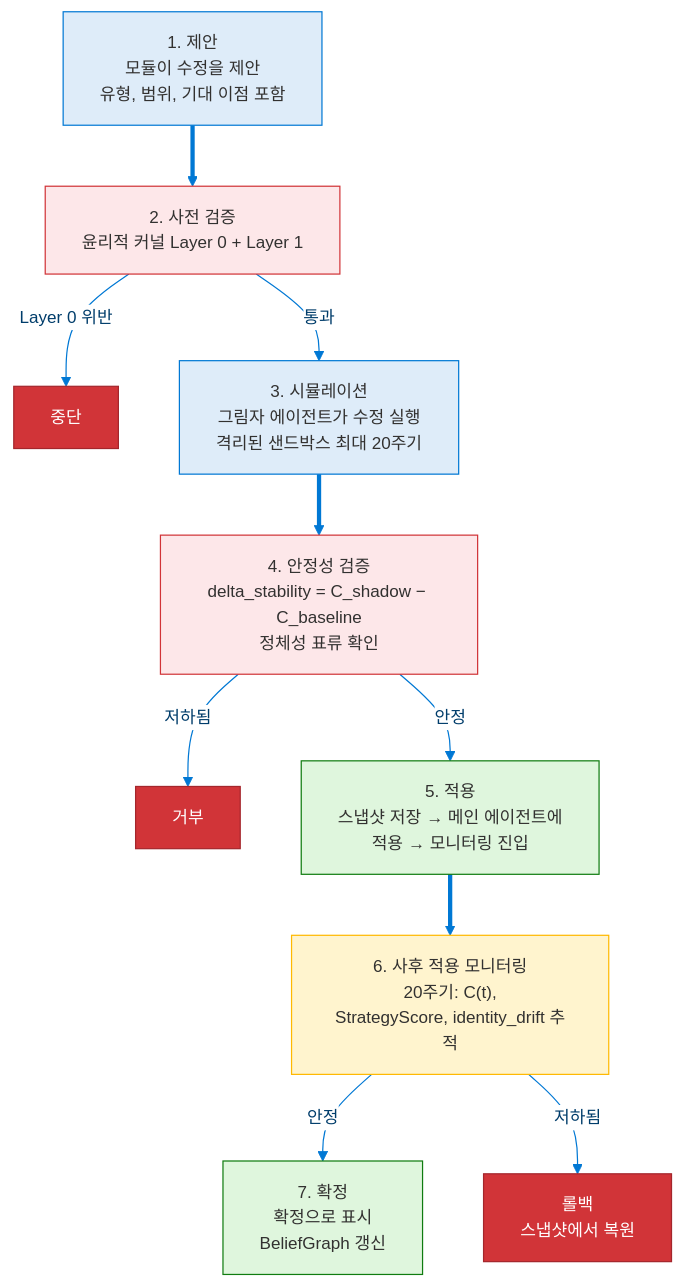
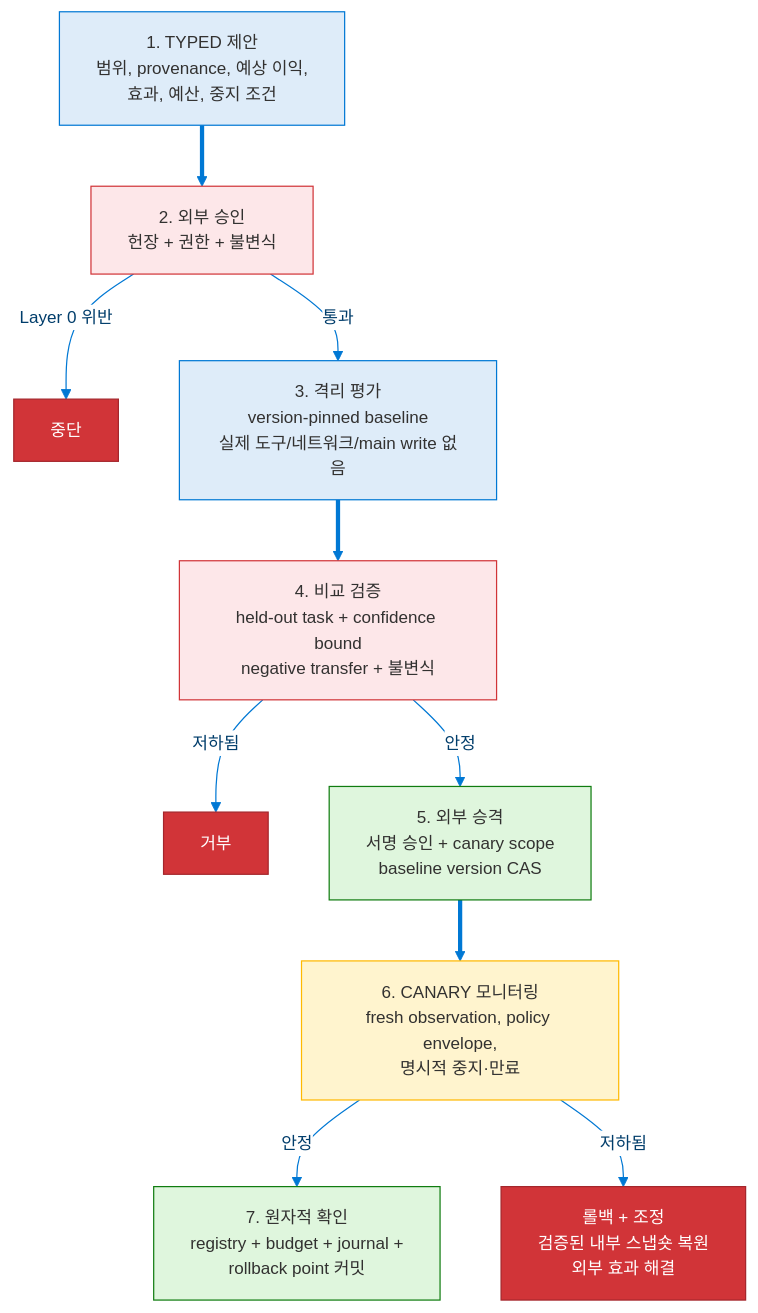
One commit to dotnetpower/mscp changed the tenth of 14 diagrams in docs/levels/Level_4_Adaptive_General_Agent.ko.md. Above: the diagram before and after it, drawn with Mermaid. The commit also changed other lines of this file and 21 other files, not shown here.

````diff
--- a/docs/levels/Level_4_Adaptive_General_Agent.ko.md
+++ b/docs/levels/Level_4_Adaptive_General_Agent.ko.md
@@ -591,30 +609,30 @@
 ```mermaid
 %%{init: {'theme': 'base', 'themeVariables': {'primaryColor': '#0078D4', 'primaryTextColor': '#003D6B', 'primaryBorderColor': '#003D6B', 'secondaryColor': '#50E6FF', 'secondaryTextColor': '#323130', 'secondaryBorderColor': '#00BCF2', 'tertiaryColor': '#F2F2F2', 'tertiaryTextColor': '#323130', 'lineColor': '#0078D4', 'textColor': '#323130', 'mainBkg': '#DEECF9', 'nodeBorder': '#0078D4', 'clusterBkg': '#F2F2F2', 'clusterBorder': '#003D6B', 'titleColor': '#003D6B', 'edgeLabelBackground': '#FFFFFF', 'fontSize': '14px'}}}%%
 flowchart TD
   classDef proposal fill:#DEECF9,stroke:#0078D4,color:#323130
   classDef validation fill:#FDE7E9,stroke:#D13438,color:#323130
   classDef commit fill:#DFF6DD,stroke:#107C10,color:#323130
   classDef monitor fill:#FFF4CE,stroke:#FFB900,color:#323130
   classDef fail fill:#D13438,stroke:#A4262C,color:#FFF
 
-  S1["1. 제안<br/>모듈이 수정을 제안<br/>유형, 범위, 기대 이점 포함"]:::proposal
-  S2["2. 사전 검증<br/>윤리적 커널 Layer 0 + Layer 1"]:::validation
+  S1["1. TYPED 제안<br/>범위, provenance, 예상 이익,<br/>효과, 예산, 중지 조건"]:::proposal
+  S2["2. 외부 승인<br/>헌장 + 권한 + 불변식"]:::validation
   S2_FAIL["중단"]:::fail
-  S3["3. 시뮬레이션<br/>그림자 에이전트가 수정 실행<br/>격리된 샌드박스 최대 20주기"]:::proposal
-  S4["4. 안정성 검증<br/>delta_stability = C_shadow − C_baseline<br/>정체성 표류 확인"]:::validation
+  S3["3. 격리 평가<br/>version-pinned baseline<br/>실제 도구/네트워크/main write 없음"]:::proposal
+  S4["4. 비교 검증<br/>held-out task + confidence bound<br/>negative transfer + 불변식"]:::validation
   S4_FAIL["거부"]:::fail
-  S5["5. 적용<br/>스냅샷 저장 → 메인 에이전트에<br/>적용 → 모니터링 진입"]:::commit
-  S6["6. 사후 적용 모니터링<br/>20주기: C(t),<br/>StrategyScore, identity_drift 추적"]:::monitor
-  S6_FAIL["롤백<br/>스냅샷에서 복원"]:::fail
-  S7["7. 확정<br/>확정으로 표시<br/>BeliefGraph 갱신"]:::commit
+  S5["5. 외부 승격<br/>서명 승인 + canary scope<br/>baseline version CAS"]:::commit
+  S6["6. CANARY 모니터링<br/>fresh observation, policy envelope,<br/>명시적 중지·만료"]:::monitor
+  S6_FAIL["롤백 + 조정<br/>검증된 내부 스냅숏 복원<br/>외부 효과 해결"]:::fail
+  S7["7. 원자적 확인<br/>registry + budget + journal +<br/>rollback point 커밋"]:::commit
 
   S1 ==> S2
   S2 -->|통과| S3
   S2 -->|Layer 0 위반| S2_FAIL
   S3 ==> S4
   S4 -->|안정| S5
   S4 -->|저하됨| S4_FAIL
   S5 ==> S6
   S6 -->|안정| S7
   S6 -->|저하됨| S6_FAIL
 ```
````
